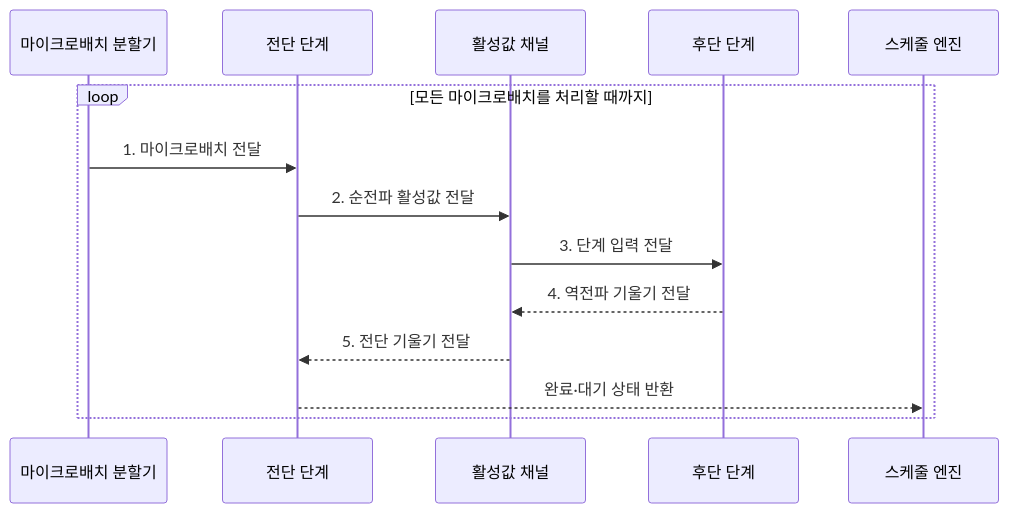
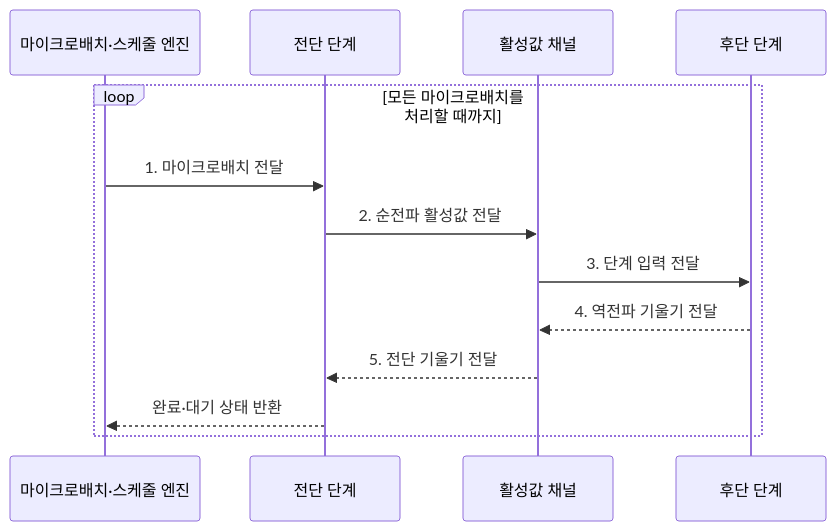
Before and after one commit to agnusdei1207/knowledge-base: the second of 2 diagrams in src/content/docs/notes/08-latest-tech/156_pipeline_parallelism.md, drawn with Mermaid. The commit also changed 9 other files, not shown here.

Commit message:
Simplify distributed platform flows

````diff
--- a/src/content/docs/notes/08-latest-tech/156_pipeline_parallelism.md
+++ b/src/content/docs/notes/08-latest-tech/156_pipeline_parallelism.md
@@ -102,16 +102,15 @@
 ```mermaid
 sequenceDiagram
-    participant B as 마이크로배치 분할기
+    participant B as 마이크로배치·스케줄 엔진
     participant S1 as 전단 단계
     participant C as 활성값 채널
     participant S2 as 후단 단계
-    participant E as 스케줄 엔진
     loop 모든 마이크로배치를 처리할 때까지
         B->>S1: 1. 마이크로배치 전달
         S1->>C: 2. 순전파 활성값 전달
         C->>S2: 3. 단계 입력 전달
         S2-->>C: 4. 역전파 기울기 전달
         C-->>S1: 5. 전단 기울기 전달
-        S1-->>E: 완료·대기 상태 반환
+    S1-->>B: 완료·대기 상태 반환
     end
 ```
````
